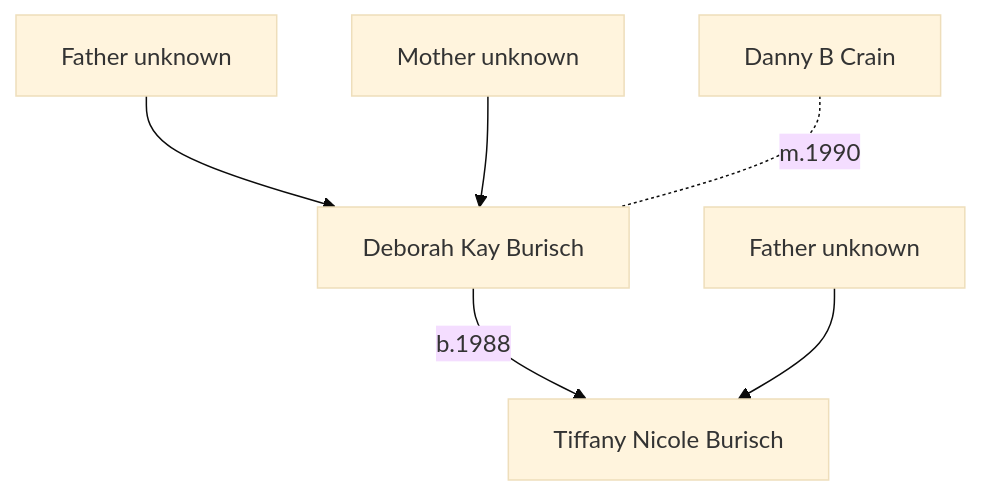
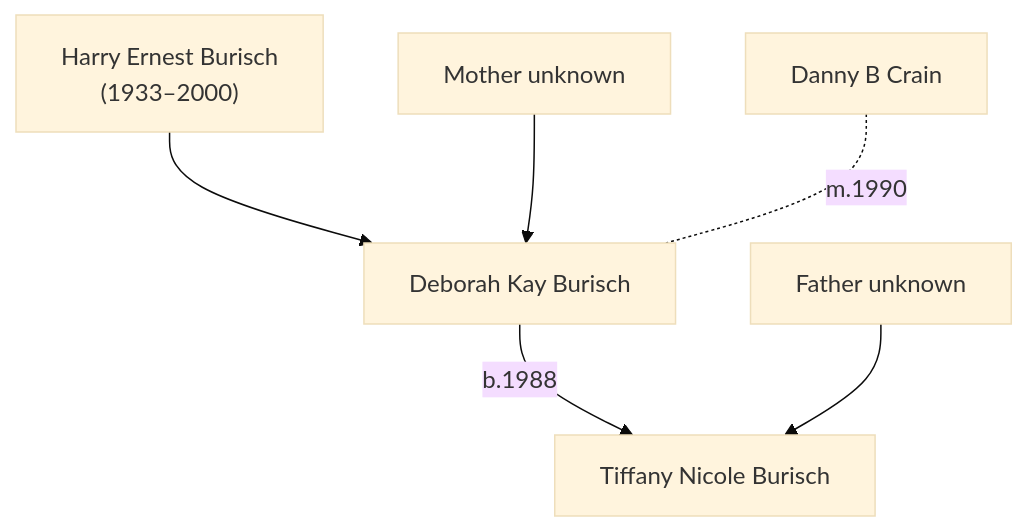
The diagram in docs/people/burisch_deborah.md (Black-Star-Institute/blackstar.github.io), drawn with Mermaid (base theme) before and after one commit. The commit also changed other lines of this file and 6 other files, not shown here.

````diff
--- a/docs/people/burisch_deborah.md
+++ b/docs/people/burisch_deborah.md
@@ -28,8 +32,8 @@
 ```mermaid
 graph TD;
-  dad[Father unknown] --> deborah
+  harry["Harry Ernest Burisch\n(1933&ndash;2000)"] --> deborah
   mum[Mother unknown] --> deborah
   deborah[Deborah Kay Burisch] -- "b.1988" --> tiffany[Tiffany Nicole Burisch]
   anon[Father unknown] --> tiffany
   dan[Danny B Crain] -. "m.1990" .- deborah
 ```
````
